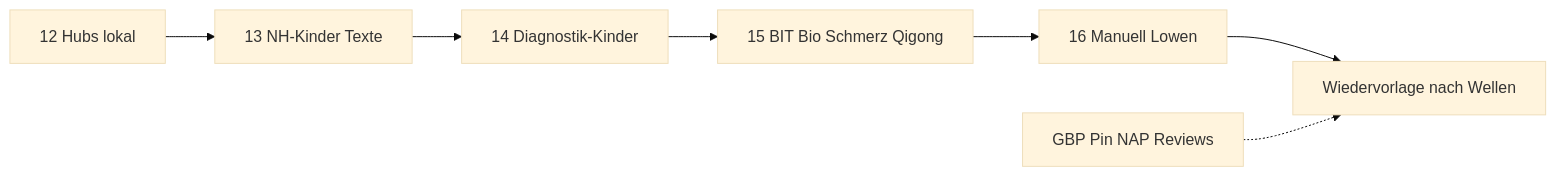
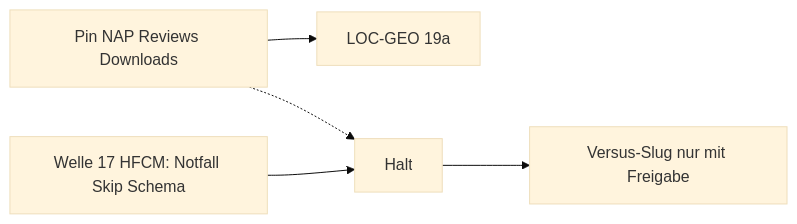
The diagram in docs/PLAN.md (redshift-three67/naturheilpraxis-eeat), drawn with Mermaid (base theme) before and after one commit. The commit also changed other lines of this file and 2 other files, not shown here.

First line of the commit message:
Plan 17.08.: B5/Polinacea gefiltert, Wiedervorlage und Welle 17 vorgeschlagen

````diff
--- a/docs/PLAN.md
+++ b/docs/PLAN.md
@@ -141,9 +86,7 @@
 ```mermaid
 flowchart LR
-  w12["12 Hubs lokal"] --> w13["13 NH-Kinder Texte"]
-  w13 --> w14["14 Diagnostik-Kinder"]
-  w14 --> w15["15 BIT Bio Schmerz Qigong"]
-  w15 --> w16["16 Manuell Lowen"]
-  w16 --> wv["Wiedervorlage nach Wellen"]
-  du["GBP Pin NAP Reviews"] -.-> wv
+  du["Pin NAP Reviews Downloads"] --> geo["LOC-GEO 19a"]
+  w17["Welle 17 HFCM: Notfall Skip Schema"] --> halt["Halt"]
+  halt --> slug["Versus-Slug nur mit Freigabe"]
+  du -.-> halt
 ```
````
